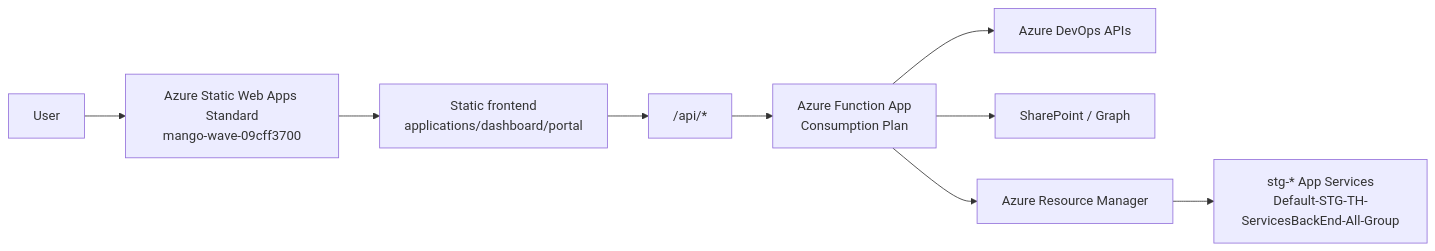
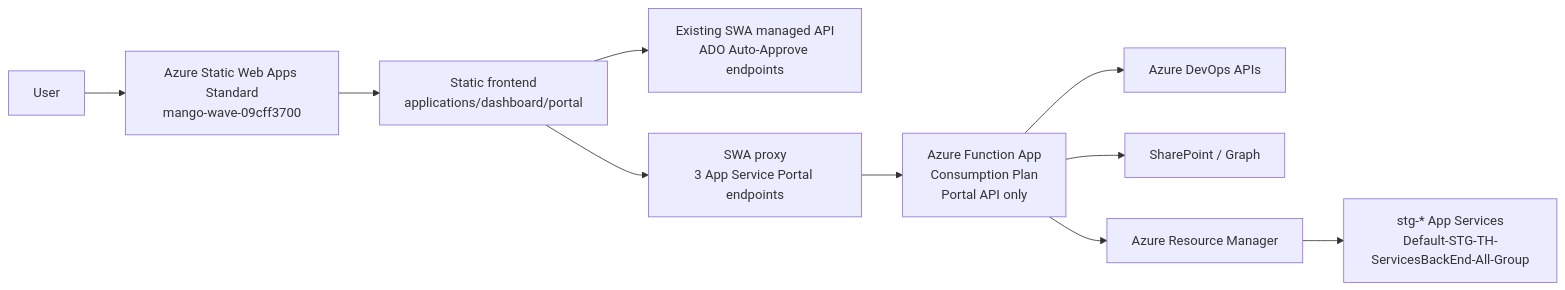
Before and after one commit to birdzee4-cmd/ado-auto-approve: the diagram in docs/function-app-api-migration-plan.md, drawn with Mermaid. The commit also changed other lines of this file and 19 other files, not shown here.

Commit message:
Add portal-only App Service Function proxy

````diff
--- a/docs/function-app-api-migration-plan.md
+++ b/docs/function-app-api-migration-plan.md
@@ -26,11 +35,12 @@
 ```mermaid
 flowchart LR
   User["User"] --> SWA["Azure Static Web Apps Standard<br/>mango-wave-09cff3700"]
   SWA --> Frontend["Static frontend<br/>applications/dashboard/portal"]
-  Frontend --> ApiRoute["/api/*"]
-  ApiRoute --> FunctionApp["Azure Function App<br/>Consumption Plan"]
+  Frontend --> AdoApi["Existing SWA managed API<br/>ADO Auto-Approve endpoints"]
+  Frontend --> PortalProxy["SWA proxy<br/>3 App Service Portal endpoints"]
+  PortalProxy --> FunctionApp["Azure Function App<br/>Consumption Plan<br/>Portal API only"]
   FunctionApp --> ADO["Azure DevOps APIs"]
   FunctionApp --> SP["SharePoint / Graph"]
   FunctionApp --> ARM["Azure Resource Manager"]
   ARM --> AppServices["stg-* App Services<br/>Default-STG-TH-ServicesBackEnd-All-Group"]
 ```
````
